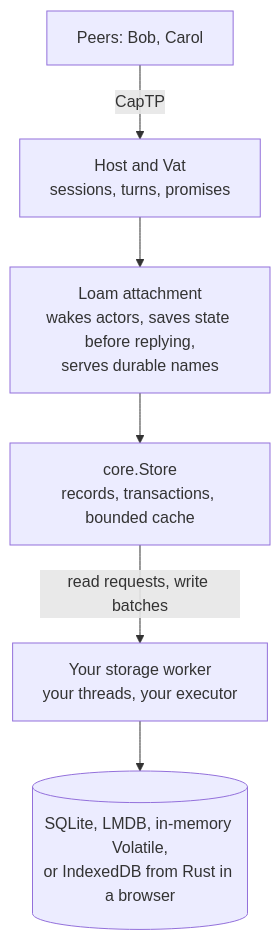
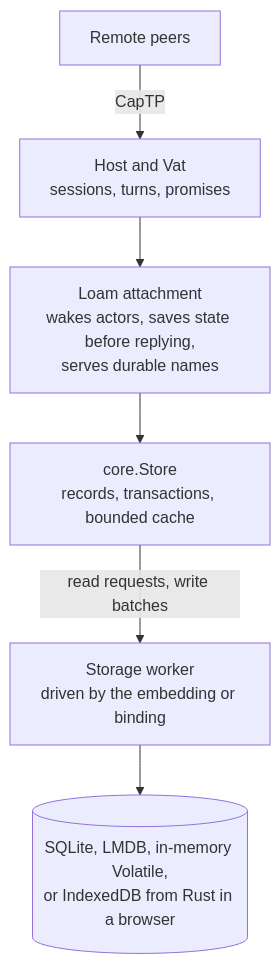
One commit to glowcap-org/glowcap changed the first of 2 diagrams in docs/loam.md. Above: the diagram before and after it, drawn with Mermaid. The commit also changed other lines of this file and 115 other files, not shown here.

````diff
--- a/docs/loam.md
+++ b/docs/loam.md
@@ -39,8 +44,8 @@
 ```mermaid
 flowchart TB
-    Peers["Peers: Bob, Carol"] -->|CapTP| Host["Host and Vat<br/>sessions, turns, promises"]
+    Peers["Remote peers"] -->|CapTP| Host["Host and Vat<br/>sessions, turns, promises"]
     Host --> Attachment["Loam attachment<br/>wakes actors, saves state before replying,<br/>serves durable names"]
     Attachment --> Store["core.Store<br/>records, transactions, bounded cache"]
-    Store -->|"read requests, write batches"| Worker["Your storage worker<br/>your threads, your executor"]
+    Store -->|"read requests, write batches"| Worker["Storage worker<br/>driven by the embedding or binding"]
     Worker --> Engine[("SQLite, LMDB, in-memory Volatile,<br/>or IndexedDB from Rust in a browser")]
 ```
````
